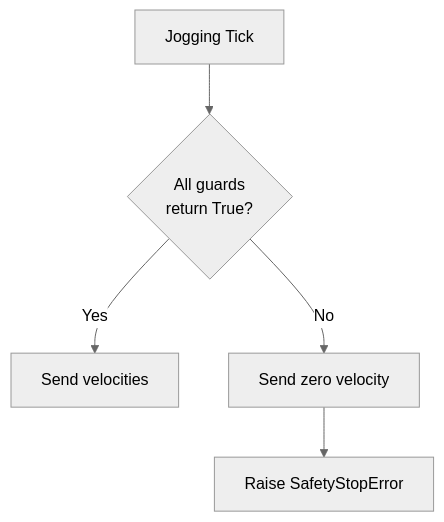
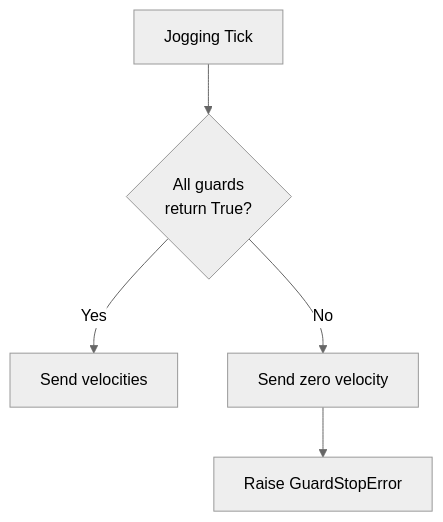
The fifth of 6 diagrams in nova_policy/README.md (wandelbotsgmbh/wandelbots-nova), drawn with Mermaid (neutral theme) before and after one commit. The commit also changed other lines of this file and 46 other files, not shown here.

First line of the commit message:
feat(nova_policy): add NATS + GR00T clients, fix guard detection, rename SafetyStopError

````diff
--- a/nova_policy/README.md
+++ b/nova_policy/README.md
@@ -298,7 +307,7 @@
 ```mermaid
 flowchart TB
     Tick["Jogging Tick"] --> Check{"All guards<br/>return True?"}
     Check -->|Yes| Send["Send velocities"]
     Check -->|No| Zero["Send zero velocity"]
-    Zero --> Raise["Raise SafetyStopError"]
+    Zero --> Raise["Raise GuardStopError"]
 ```
````
